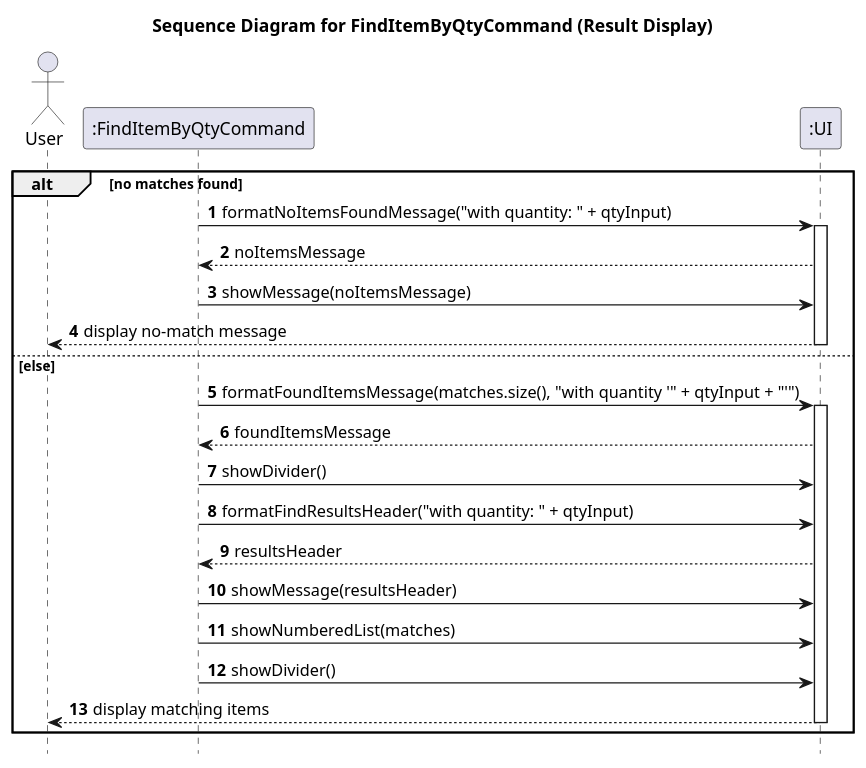
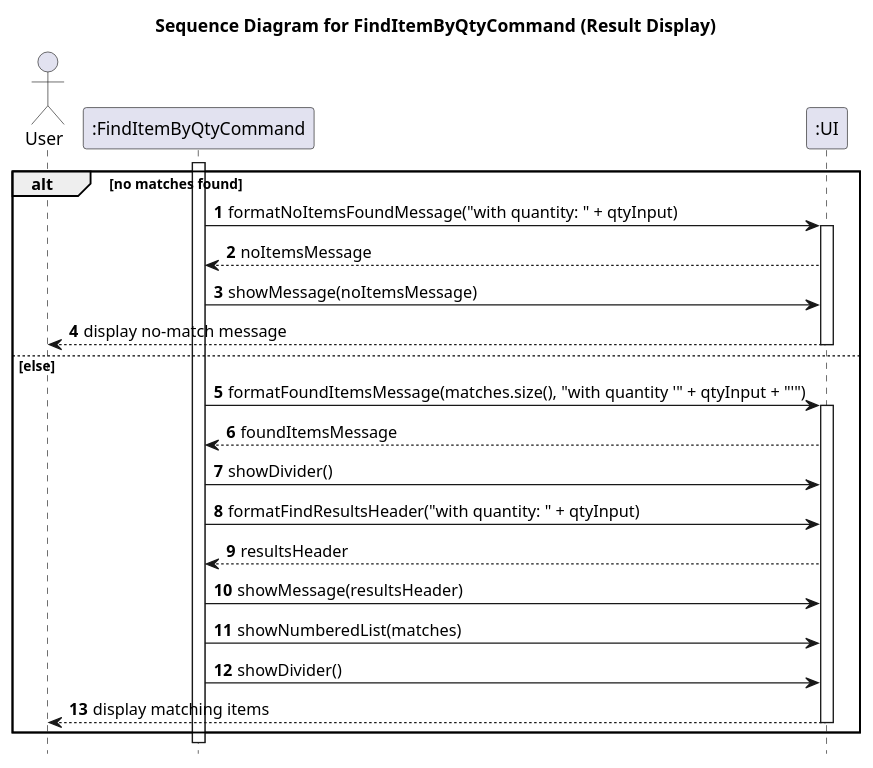
The diagram in docs/diagrams/sequence/FindItemByQtyCommandDisplayFlow.puml (KOIiiii07/tp), drawn with PlantUML before and after one commit. The commit also changed 13 other files, not shown here.

Commit message:
Update all the Find Diagram

```diff
--- a/docs/diagrams/sequence/FindItemByQtyCommandDisplayFlow.puml
+++ b/docs/diagrams/sequence/FindItemByQtyCommandDisplayFlow.puml
@@ -1,31 +1,32 @@
 @startuml
 title Sequence Diagram for FindItemByQtyCommand (Result Display)
 
 autonumber
 hide footbox
 
 actor User
 participant ":FindItemByQtyCommand" as FindItemByQtyCommand
 participant ":UI" as UI
 
+activate FindItemByQtyCommand
 alt no matches found
     FindItemByQtyCommand -> UI: formatNoItemsFoundMessage("with quantity: " + qtyInput)
     activate UI
     UI --> FindItemByQtyCommand: noItemsMessage
     FindItemByQtyCommand -> UI: showMessage(noItemsMessage)
     UI --> User: display no-match message
     deactivate UI
 else else
     FindItemByQtyCommand -> UI: formatFoundItemsMessage(matches.size(), "with quantity '" + qtyInput + "'")
     activate UI
     UI --> FindItemByQtyCommand: foundItemsMessage
     FindItemByQtyCommand -> UI: showDivider()
     FindItemByQtyCommand -> UI: formatFindResultsHeader("with quantity: " + qtyInput)
     UI --> FindItemByQtyCommand: resultsHeader
     FindItemByQtyCommand -> UI: showMessage(resultsHeader)
     FindItemByQtyCommand -> UI: showNumberedList(matches)
     FindItemByQtyCommand -> UI: showDivider()
     UI --> User: display matching items
     deactivate UI
 end
 @enduml
```
